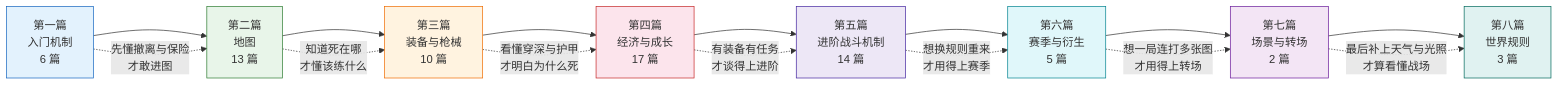
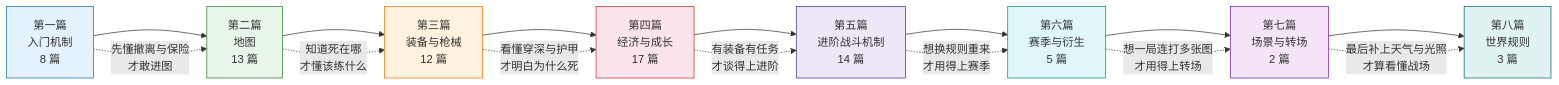
The diagram in content/README.md (GTX950L/tarkov-encyclopedia), drawn with Mermaid before and after one commit. The commit also changed other lines of this file and 86 other files, not shown here.

````diff
--- a/content/README.md
+++ b/content/README.md
@@ -16,27 +16,27 @@
 ```mermaid
 flowchart LR
-    A[第一篇<br/>入门机制<br/>6 篇] --> B[第二篇<br/>地图<br/>13 篇]
-    B --> C[第三篇<br/>装备与枪械<br/>10 篇]
+    A[第一篇<br/>入门机制<br/>8 篇] --> B[第二篇<br/>地图<br/>13 篇]
+    B --> C[第三篇<br/>装备与枪械<br/>12 篇]
     C --> D[第四篇<br/>经济与成长<br/>17 篇]
     D --> E[第五篇<br/>进阶战斗机制<br/>14 篇]
     E --> F[第六篇<br/>赛季与衍生<br/>5 篇]
     F --> G[第七篇<br/>场景与转场<br/>2 篇]
     G --> H[第八篇<br/>世界规则<br/>3 篇]
 
     A -. 先懂撤离与保险<br/>才敢进图 .-> B
     B -. 知道死在哪<br/>才懂该练什么 .-> C
     C -. 看懂穿深与护甲<br/>才明白为什么死 .-> D
     D -. 有装备有任务<br/>才谈得上进阶 .-> E
     E -. 想换规则重来<br/>才用得上赛季 .-> F
     F -. 想一局连打多张图<br/>才用得上转场 .-> G
     G -. 最后补上天气与光照<br/>才算看懂战场 .-> H
 
     style A fill:#e3f2fd,stroke:#1565c0
     style B fill:#e8f5e9,stroke:#2e7d32
     style C fill:#fff3e0,stroke:#ef6c00
     style D fill:#fce4ec,stroke:#c62828
     style E fill:#ede7f6,stroke:#4527a0
     style F fill:#e0f7fa,stroke:#00838f
     style G fill:#f3e5f5,stroke:#6a1b9a
     style H fill:#e0f2f1,stroke:#00695c
 ```
````
